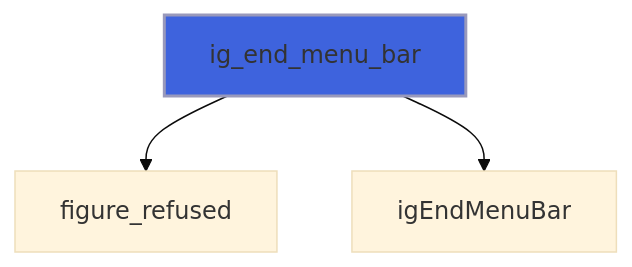
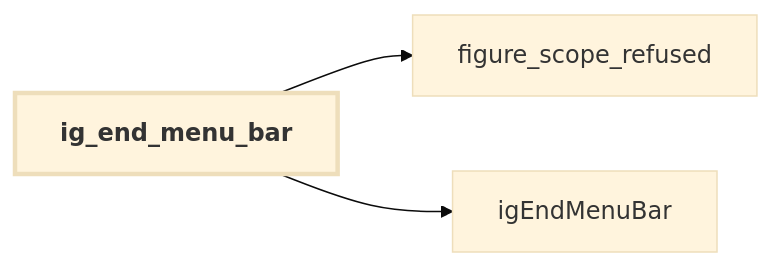
Before and after one commit to szaghi/figure: the third of 16 diagrams in docs/api/src/lib/figure_menu.md, drawn with Mermaid (base theme). The commit also changed other lines of this file and 54 other files, not shown here.

````diff
--- a/docs/api/src/lib/figure_menu.md
+++ b/docs/api/src/lib/figure_menu.md
@@ -83,6 +101,9 @@
 ```mermaid
-flowchart TD
-  ig_end_menu_bar["ig_end_menu_bar"] --> figure_refused["figure_refused"]
+flowchart LR
+  ig_end_menu_bar["ig_end_menu_bar"] --> figure_scope_refused["figure_scope_refused"]
   ig_end_menu_bar["ig_end_menu_bar"] --> igEndMenuBar["igEndMenuBar"]
-  style ig_end_menu_bar fill:#3e63dd,stroke:#99b,stroke-width:2px
+  classDef focus stroke-width:3px,font-weight:bold
+  class ig_end_menu_bar focus
+  click figure_scope_refused href "figure_base.html#figure-scope-refused" "figure_scope_refused"
+  click igEndMenuBar href "figure_cimgui.html#igendmenubar" "igEndMenuBar"
 ```
````
